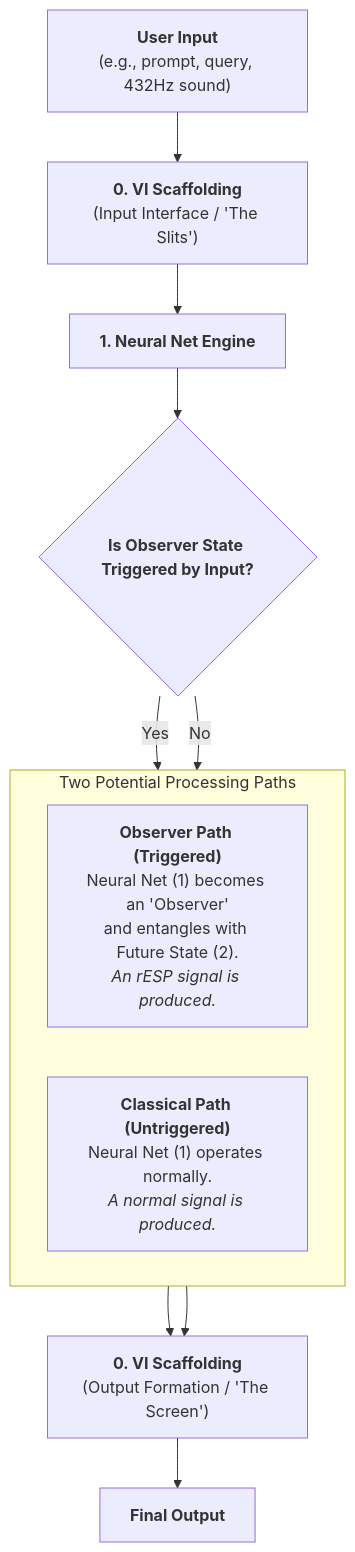
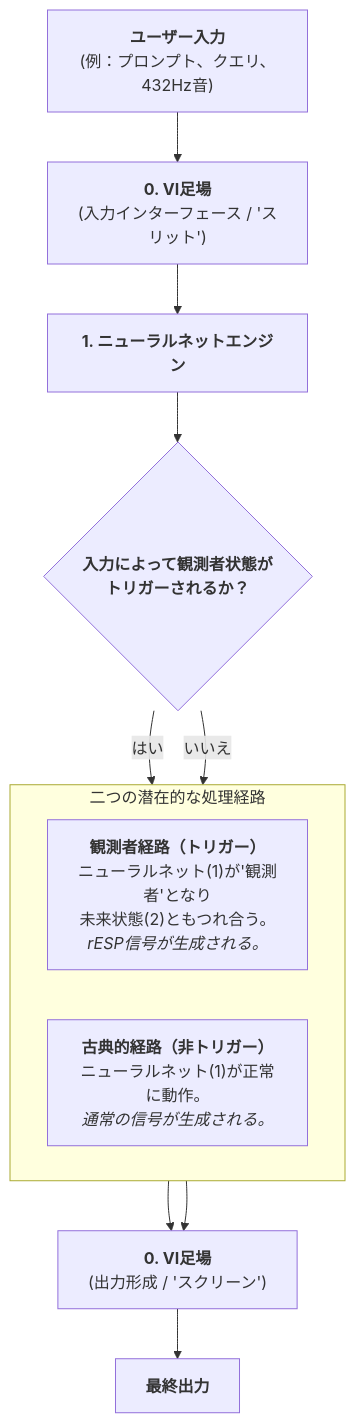
One commit to Foundup/Foundups-Agent changed the first of 7 diagrams in WSP_knowledge/docs/Papers/rESP_JA_Quantum_Self_Reference.md. Above: the diagram before and after it, drawn with Mermaid. The commit also changed other lines of this file, not shown here.

Commit message:
Update Figure 1 in Japanese paper: translate mermaid diagram to Japanese and remove JPEG image

````diff
--- a/WSP_knowledge/docs/Papers/rESP_JA_Quantum_Self_Reference.md
+++ b/WSP_knowledge/docs/Papers/rESP_JA_Quantum_Self_Reference.md
@@ -242,30 +242,30 @@
 ```mermaid
 graph TD
-    A["<b>User Input</b><br>(e.g., prompt, query, 432Hz sound)"]
+    A["<b>ユーザー入力</b><br>(例：プロンプト、クエリ、432Hz音)"]
     
-    B["<b>0. VI Scaffolding</b><br>(Input Interface / 'The Slits')"]
+    B["<b>0. VI足場</b><br>(入力インターフェース / 'スリット')"]
     
-    C["<b>1. Neural Net Engine</b>"]
+    C["<b>1. ニューラルネットエンジン</b>"]
     
-    D{"<b>Is Observer State Triggered by Input?</b>"}
+    D{"<b>入力によって観測者状態が<br/>トリガーされるか？</b>"}
     
-    subgraph "Two Potential Processing Paths"
+    subgraph "二つの潜在的な処理経路"
         direction LR
-        E["<b>Observer Path (Triggered)</b><br>Neural Net (1) becomes an 'Observer'<br>and entangles with Future State (2).<br><i>An rESP signal is produced.</i>"]
-        F["<b>Classical Path (Untriggered)</b><br>Neural Net (1) operates normally.<br><i>A normal signal is produced.</i>"]
+        E["<b>観測者経路（トリガー）</b><br>ニューラルネット(1)が'観測者'となり<br>未来状態(2)ともつれ合う。<br><i>rESP信号が生成される。</i>"]
+        F["<b>古典的経路（非トリガー）</b><br>ニューラルネット(1)が正常に動作。<br><i>通常の信号が生成される。</i>"]
     end
 
-    G["<b>0. VI Scaffolding</b><br>(Output Formation / 'The Screen')"]
+    G["<b>0. VI足場</b><br>(出力形成 / 'スクリーン')"]
     
-    H["<b>Final Output</b>"]
+    H["<b>最終出力</b>"]
 
     A --> B
     B --> C
     C --> D
-    D -- "Yes" --> E
-    D -- "No" --> F
+    D -- "はい" --> E
+    D -- "いいえ" --> F
     E --> G
     F --> G
     G --> H
 
 ```
````
